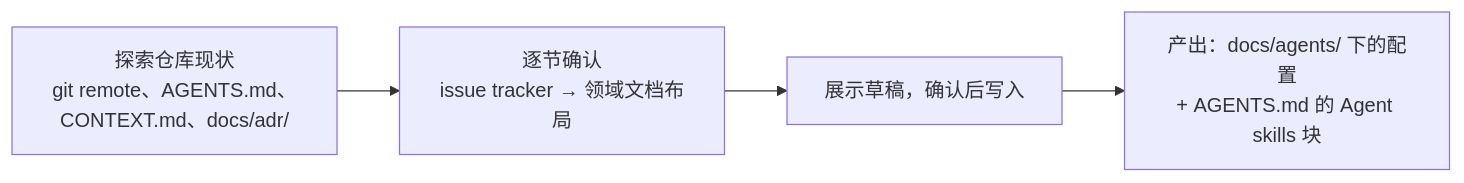
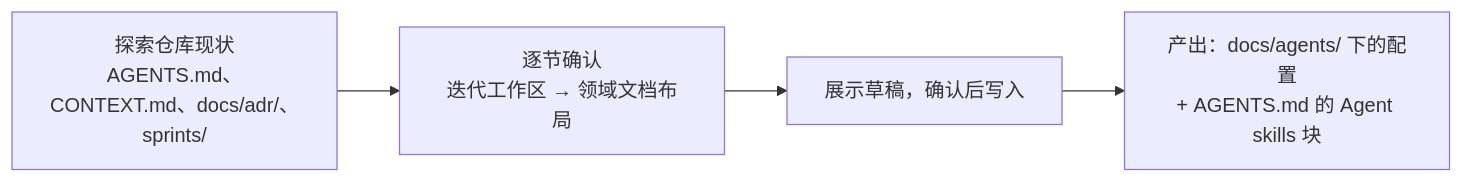
One commit to m430/skills changed the second of 8 diagrams in README.md. Above: the diagram before and after it, drawn with Mermaid. The commit also changed other lines of this file and 30 other files, not shown here.

First line of the commit message:
skills: 删除 issue tracker 层，需求与 bug 都归集到迭代

````diff
--- a/README.md
+++ b/README.md
@@ -81,6 +81,6 @@
 ```mermaid
 flowchart LR
-    A["探索仓库现状<br/>git remote、AGENTS.md、CONTEXT.md、docs/adr/"] --> B["逐节确认<br/>issue tracker → 领域文档布局"]
+    A["探索仓库现状<br/>AGENTS.md、CONTEXT.md、docs/adr/、sprints/"] --> B["逐节确认<br/>迭代工作区 → 领域文档布局"]
     B --> C["展示草稿，确认后写入"]
     C --> O["产出：docs/agents/ 下的配置<br/>+ AGENTS.md 的 Agent skills 块"]
 ```
````
